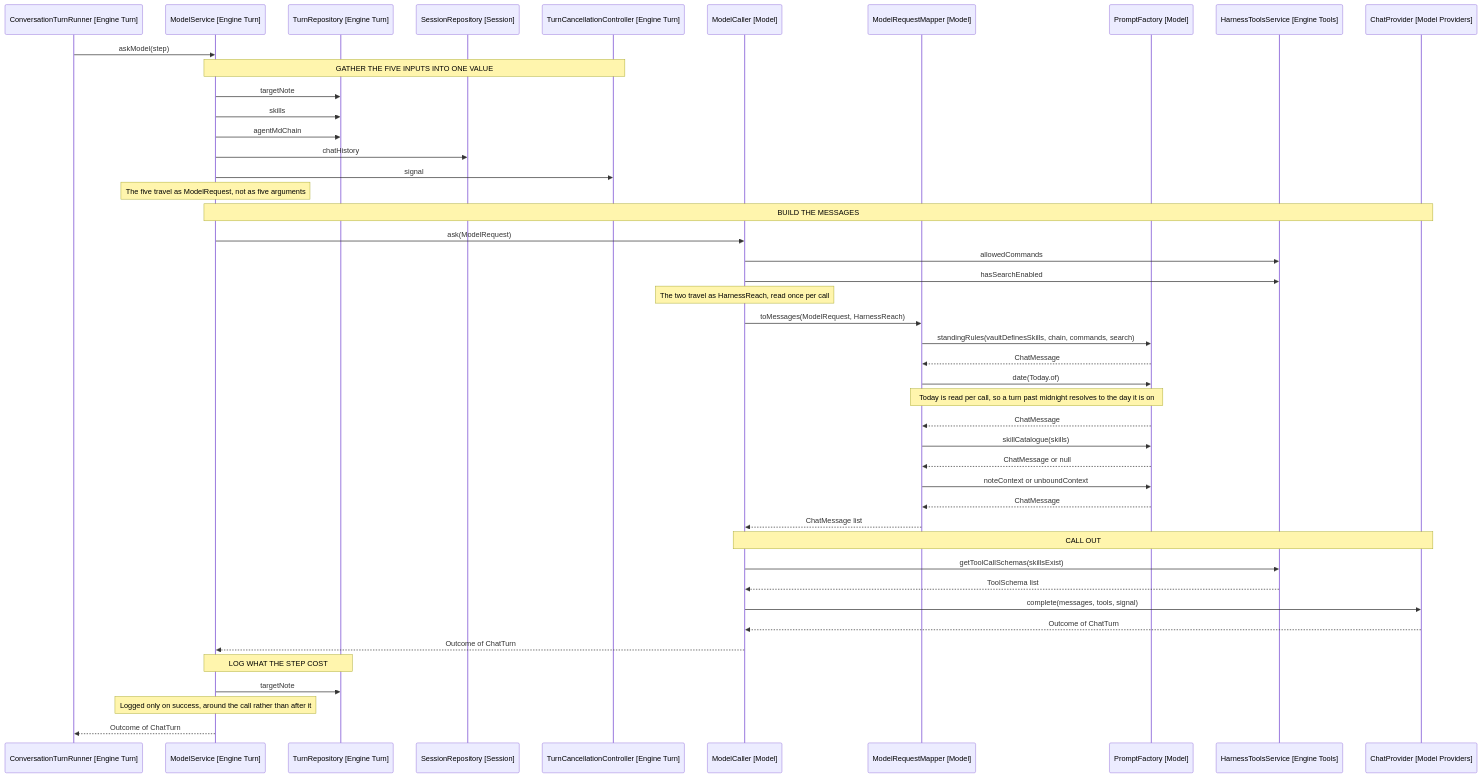
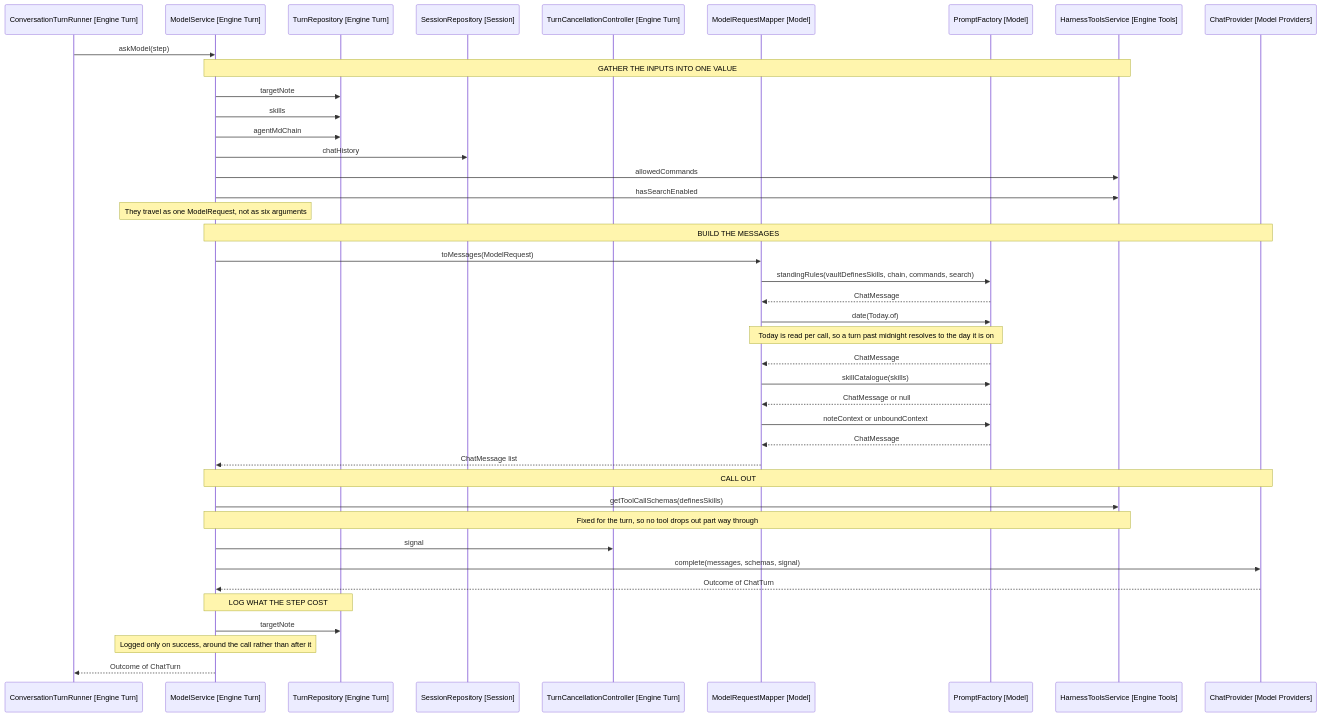
The diagram in docs/architecture/10-asking-the-model.md (iparips/obsidian-owl), drawn with Mermaid before and after one commit. The commit also changed other lines of this file and 11 other files, not shown here.

First line of the commit message:
Fold ModelCaller into ModelService

````diff
--- a/docs/architecture/10-asking-the-model.md
+++ b/docs/architecture/10-asking-the-model.md
@@ -30,52 +29,48 @@
 ```mermaid
 sequenceDiagram
     participant Runner as ConversationTurnRunner [Engine Turn]
     participant Model as ModelService [Engine Turn]
     participant TurnRepo as TurnRepository [Engine Turn]
     participant Session as SessionRepository [Session]
     participant Cancel as TurnCancellationController [Engine Turn]
-    participant Caller as ModelCaller [Model]
     participant Mapper as ModelRequestMapper [Model]
     participant Prompts as PromptFactory [Model]
     participant Harness as HarnessToolsService [Engine Tools]
     participant Provider as ChatProvider [Model Providers]
 
     Runner->>Model: askModel(step)
 
-    Note over Model,Cancel: GATHER THE FIVE INPUTS INTO ONE VALUE
+    Note over Model,Harness: GATHER THE INPUTS INTO ONE VALUE
     Model->>TurnRepo: targetNote
     Model->>TurnRepo: skills
     Model->>TurnRepo: agentMdChain
     Model->>Session: chatHistory
-    Model->>Cancel: signal
-    Note over Model: The five travel as ModelRequest, not as five arguments
+    Model->>Harness: allowedCommands
+    Model->>Harness: hasSearchEnabled
+    Note over Model: They travel as one ModelRequest, not as six arguments
 
     Note over Model,Provider: BUILD THE MESSAGES
-    Model->>Caller: ask(ModelRequest)
-    Caller->>Harness: allowedCommands
-    Caller->>Harness: hasSearchEnabled
-    Note over Caller: The two travel as HarnessReach, read once per call
-    Caller->>Mapper: toMessages(ModelRequest, HarnessReach)
+    Model->>Mapper: toMessages(ModelRequest)
     Mapper->>Prompts: standingRules(vaultDefinesSkills, chain, commands, search)
     Prompts-->>Mapper: ChatMessage
     Mapper->>Prompts: date(Today.of)
     Note over Mapper,Prompts: Today is read per call, so a turn past midnight resolves to the day it is on
     Prompts-->>Mapper: ChatMessage
     Mapper->>Prompts: skillCatalogue(skills)
     Prompts-->>Mapper: ChatMessage or null
     Mapper->>Prompts: noteContext or unboundContext
     Prompts-->>Mapper: ChatMessage
-    Mapper-->>Caller: ChatMessage list
+    Mapper-->>Model: ChatMessage list
 
-    Note over Caller,Provider: CALL OUT
-    Caller->>Harness: getToolCallSchemas(skillsExist)
-    Harness-->>Caller: ToolSchema list
-    Caller->>Provider: complete(messages, tools, signal)
-    Provider-->>Caller: Outcome of ChatTurn
-    Caller-->>Model: Outcome of ChatTurn
+    Note over Model,Provider: CALL OUT
+    Model->>Harness: getToolCallSchemas(definesSkills)
+    Note over Model,Harness: Fixed for the turn, so no tool drops out part way through
+    Model->>Cancel: signal
+    Model->>Provider: complete(messages, schemas, signal)
+    Provider-->>Model: Outcome of ChatTurn
 
     Note over Model,TurnRepo: LOG WHAT THE STEP COST
     Model->>TurnRepo: targetNote
     Note over Model: Logged only on success, around the call rather than after it
     Model-->>Runner: Outcome of ChatTurn
 ```
````
